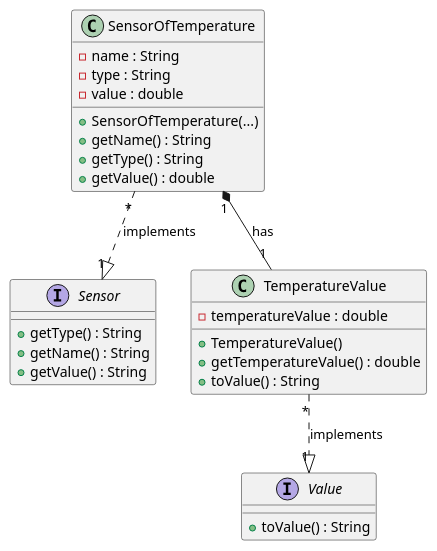
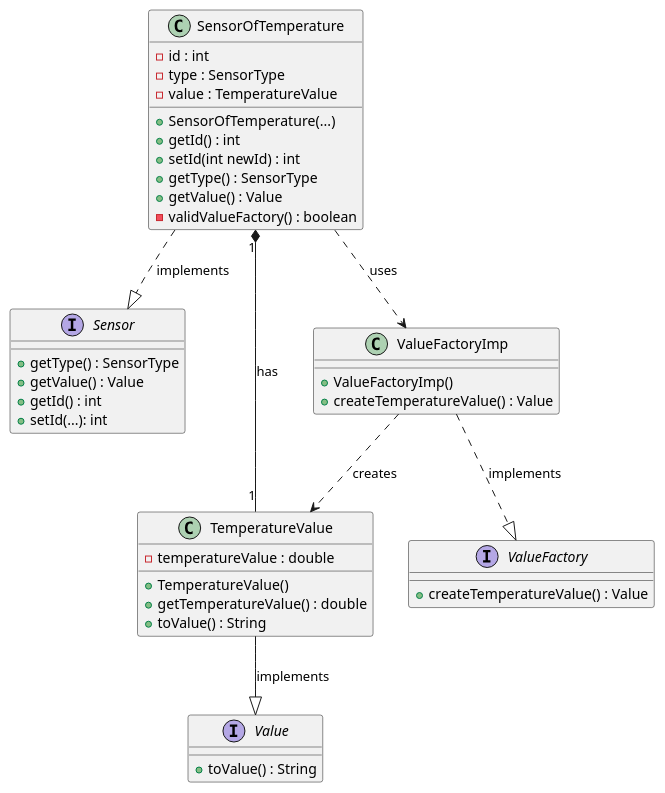
One commit to ozepedrorodrigues/projetoIntermedio changed the diagram in projetoIntermedio/docs/class/useCase/UC10/UC10.puml. Above: the diagram before and after it, drawn with PlantUML. The commit also changed 3 other files, not shown here.

```diff
--- a/projetoIntermedio/docs/class/useCase/UC10/UC10.puml
+++ b/projetoIntermedio/docs/class/useCase/UC10/UC10.puml
@@ -1,38 +1,50 @@
- @startuml
-
+@startuml
 interface Sensor {
-
-  + getType() : String
-  + getName() : String
-  + getValue() : String
+    + getType() : SensorType
+    + getValue() : Value
+    + getId() : int
+    + setId(...): int
 }
 
 class SensorOfTemperature {
-  - name : String
-  - type : String
-  - value : double
+    - id : int
+    - type : SensorType
+    - value : TemperatureValue
 
-  + SensorOfTemperature(...)
-  + getName() : String
-  + getType() : String
-  + getValue() : double
+   + SensorOfTemperature(...)
+   + getId() : int
+   + setId(int newId) : int
+   + getType() : SensorType
+   + getValue() : Value
+   - validValueFactory() : boolean
 }
 
 class TemperatureValue {
-  - temperatureValue : double
+   - temperatureValue : double
 
-  + TemperatureValue()
-  + getTemperatureValue() : double
-  + toValue() : String
+   + TemperatureValue()
+   + getTemperatureValue() : double
+   + toValue() : String
 }
 
 interface Value {
-  + toValue() : String
+   + toValue() : String
 }
 
-SensorOfTemperature "*" ..|> "1" Sensor : implements
+interface ValueFactory {
+   + createTemperatureValue() : Value
+}
+
+class ValueFactoryImp {
+    + ValueFactoryImp()
+    + createTemperatureValue() : Value
+}
+
+SensorOfTemperature ..|> Sensor : implements
 SensorOfTemperature "1" *-- "1" TemperatureValue : has
-
-TemperatureValue "*" ..|> "1" Value : implements
+TemperatureValue --|> Value : implements
+ValueFactoryImp ..|> ValueFactory : implements
+ValueFactoryImp ..> TemperatureValue : creates
+SensorOfTemperature ..> ValueFactoryImp : uses
 
 @enduml
```
